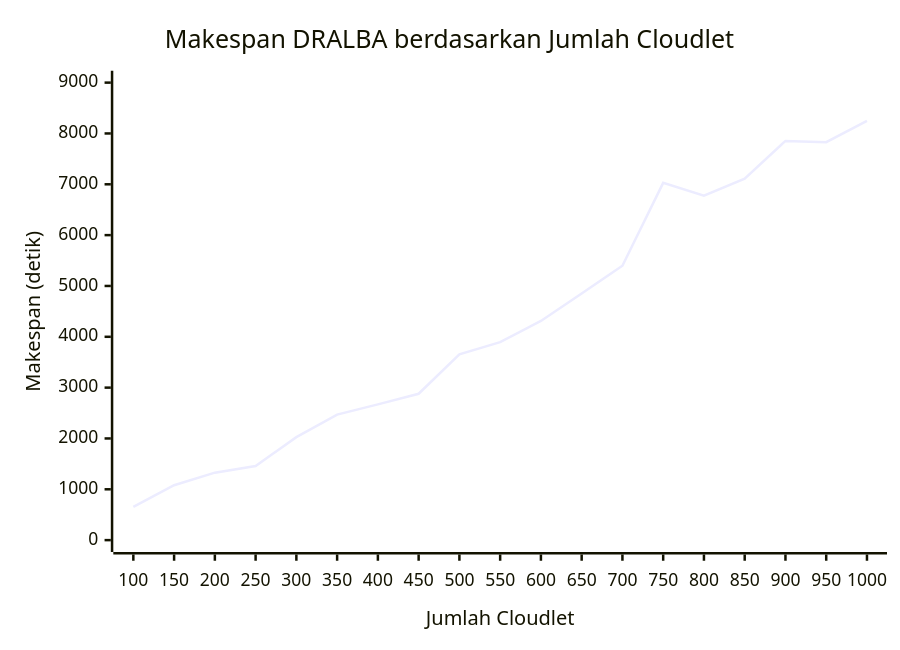
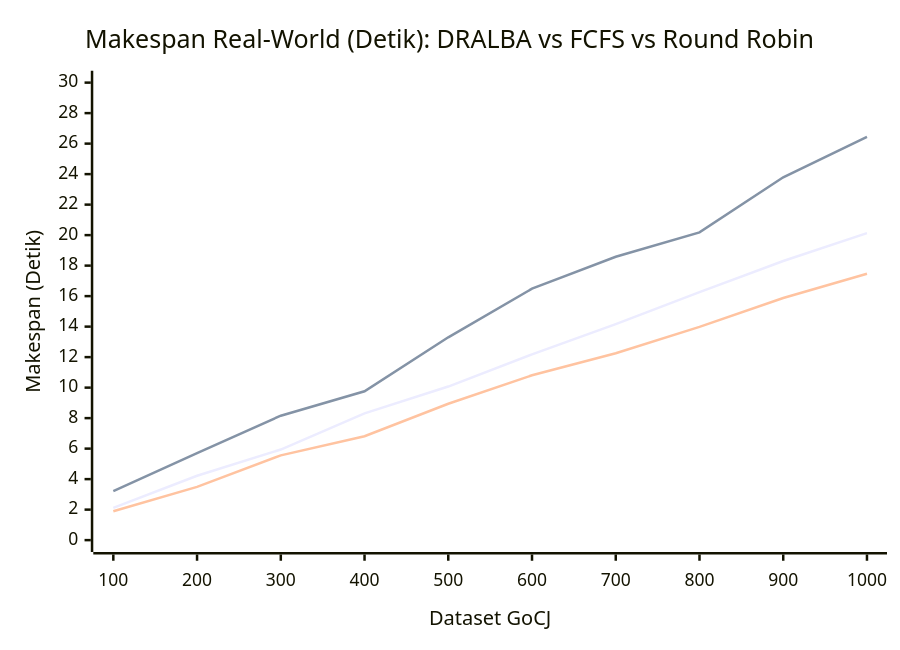
Before and after one commit to yudi0312/HeuristicAlgorithm_SokaA_Kelompok3: the third of 3 diagrams in README.md, drawn with Mermaid. The commit also changed other lines of this file and 26 other files, not shown here.

````diff
--- a/README.md
+++ b/README.md
@@ -202,7 +383,9 @@
 ```mermaid
 xychart-beta
-    title "Makespan DRALBA berdasarkan Jumlah Cloudlet"
-    x-axis "Jumlah Cloudlet" [100, 150, 200, 250, 300, 350, 400, 450, 500, 550, 600, 650, 700, 750, 800, 850, 900, 950, 1000]
-    y-axis "Makespan (detik)" 0 --> 9000
-    line [655.34, 1080.11, 1326.94, 1458.16, 2026.20, 2469.66, 2670.41, 2879.09, 3653.71, 3894.92, 4311.26, 4851.89, 5398.59, 7028.34, 6776.50, 7110.05, 7852.63, 7828.35, 8248.19]
+    title "Makespan Real-World (Detik): DRALBA vs FCFS vs Round Robin"
+    x-axis "Dataset GoCJ" [100, 200, 300, 400, 500, 600, 700, 800, 900, 1000]
+    y-axis "Makespan (Detik)" 0 --> 30
+    line [2.11, 4.22, 5.94, 8.31, 10.07, 12.18, 14.16, 16.26, 18.30, 20.13]
+    line [3.22, 5.71, 8.16, 9.76, 13.30, 16.49, 18.58, 20.18, 23.79, 26.45]
+    line [1.89, 3.49, 5.56, 6.81, 8.94, 10.81, 12.25, 13.98, 15.88, 17.47]
 ```
````
